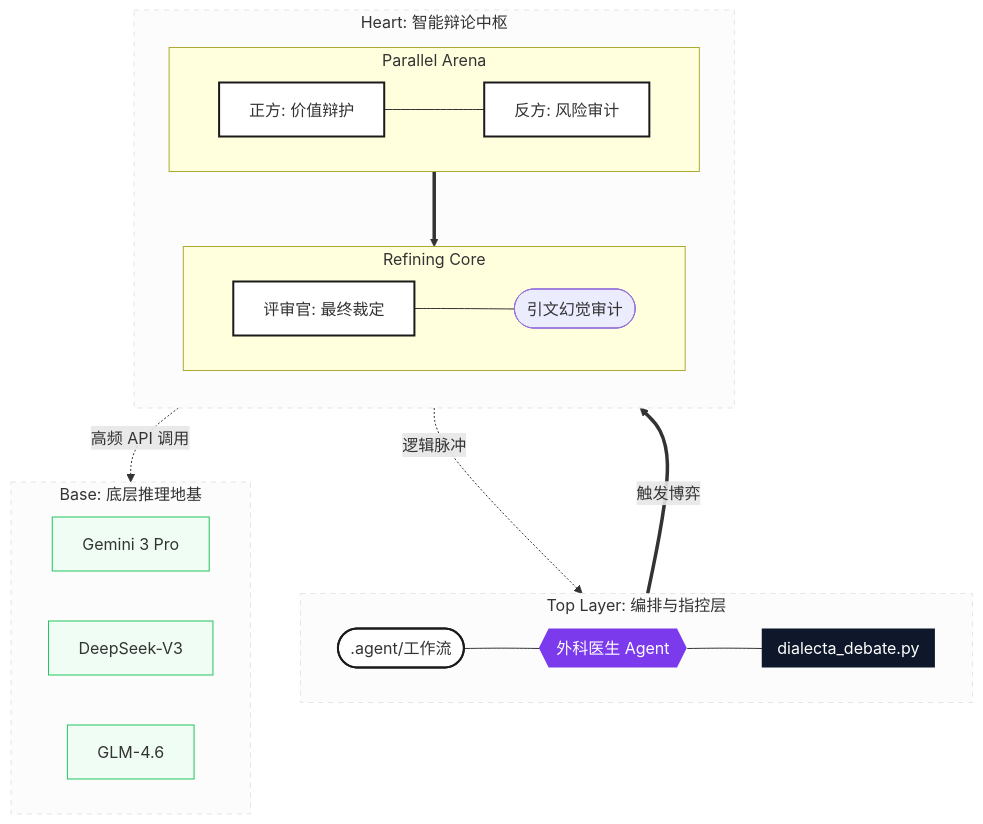
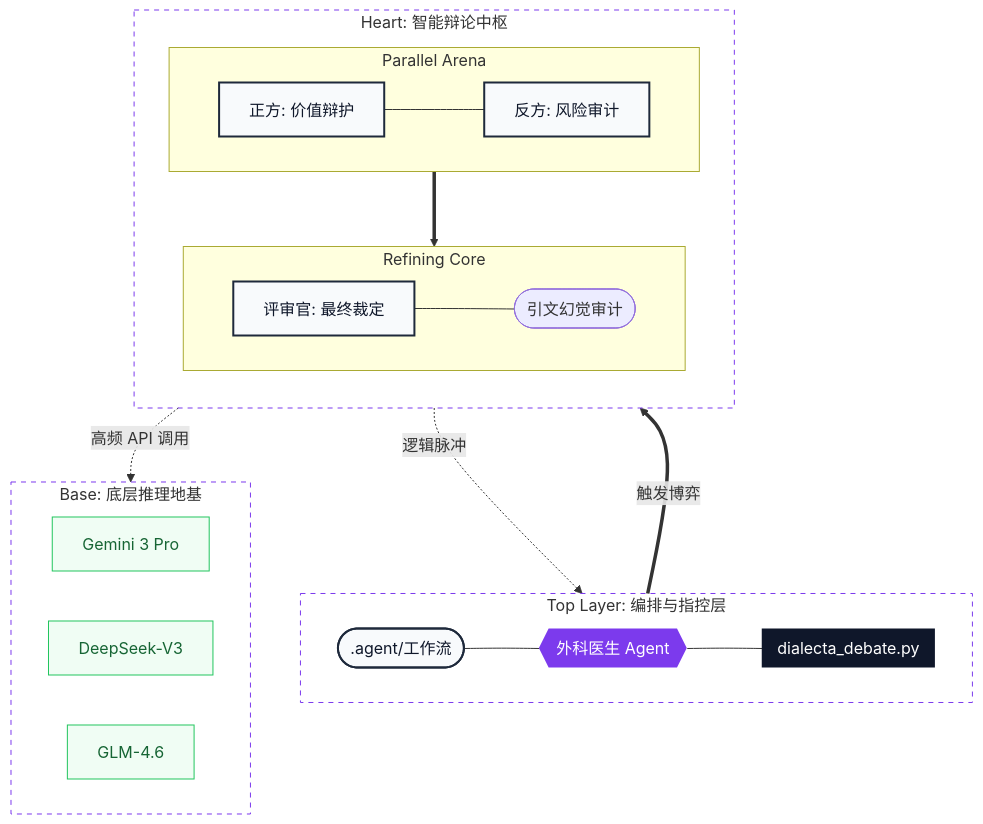
Before and after one commit to hrygo/SparkForge: the first of 2 diagrams in README.md, drawn with Mermaid. The commit also changed other lines of this file, not shown here.

Commit message:
style: optimize mermaid diagrams for dark mode compatibility

````diff
--- a/README.md
+++ b/README.md
@@ -43,52 +43,53 @@
 ```mermaid
 flowchart TB
     %% Configuration & Global Styles
-    classDef layerBox fill:#fcfcfc,stroke:#e1e4e8,stroke-width:1px,stroke-dasharray: 5 5;
-    classDef coreNode fill:#ffffff,stroke:#1a1a1a,stroke-width:2px;
+    %% Using theme-aware or neutral colors to support both light and dark modes
+    classDef layerBox fill:none,stroke:#7c3aed,stroke-width:1px,stroke-dasharray: 5 5;
+    classDef coreNode fill:#f8fafc,stroke:#1e293b,stroke-width:2px,color:#0f172a;
+    classDef darkNode fill:#0f172a,color:#ffffff,stroke-width:0px;
     classDef agentNode fill:#7c3aed,color:#ffffff,stroke-width:0px;
-    classDef scriptNode fill:#0f172a,color:#ffffff,stroke-width:0px;
-    classDef modelNode fill:#f0fdf4,stroke:#22c55e,stroke-width:1px;
+    classDef modelNode fill:#f0fdf4,stroke:#22c55e,stroke-width:1px,color:#166534;
 
     %% 1. Orchestration Layer
     subgraph L1 [Top Layer: 编排与指控层]
         direction LR
         W([.agent/工作流]) --- S{{外科医生 Agent}}
         S --- P[[dialecta_debate.py]]
     end
 
     %% 2. Intelligence Layer
     subgraph L2 [Heart: 智能辩论中枢]
         direction TB
         subgraph DebateBlock [Parallel Arena]
             direction LR
             Aff[正方: 价值辩护] --- Neg[反方: 风险审计]
         end
         
         subgraph VerdictBlock [Refining Core]
             direction LR
             Adj[评审官: 最终裁定] --- Audit([引文幻觉审计])
         end
 
         DebateBlock ==> VerdictBlock
     end
 
     %% 3. Foundation Layer
     subgraph L3 [Base: 底层推理地基]
         direction LR
         M1[Gemini 3 Pro]
         M2[DeepSeek-V3]
         M3[GLM-4.6]
     end
 
     %% Flows
     P ==>|触发博弈| DebateBlock
     VerdictBlock -.->|逻辑脉冲| P
     L2 -.->|高频 API 调用| L3
 
     %% Styling Applications
     class L1,L2,L3 layerBox;
     class W,Aff,Neg,Adj coreNode;
     class S agentNode;
-    class P scriptNode;
+    class P darkNode;
     class M1,M2,M3 modelNode;
 ```
````
